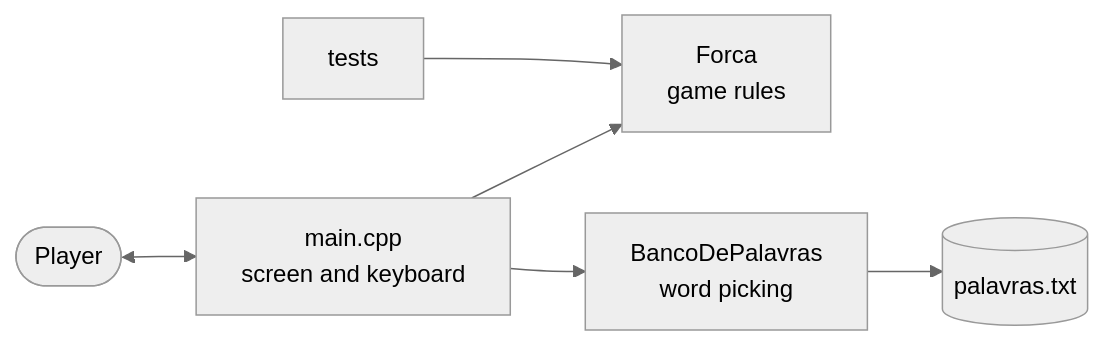
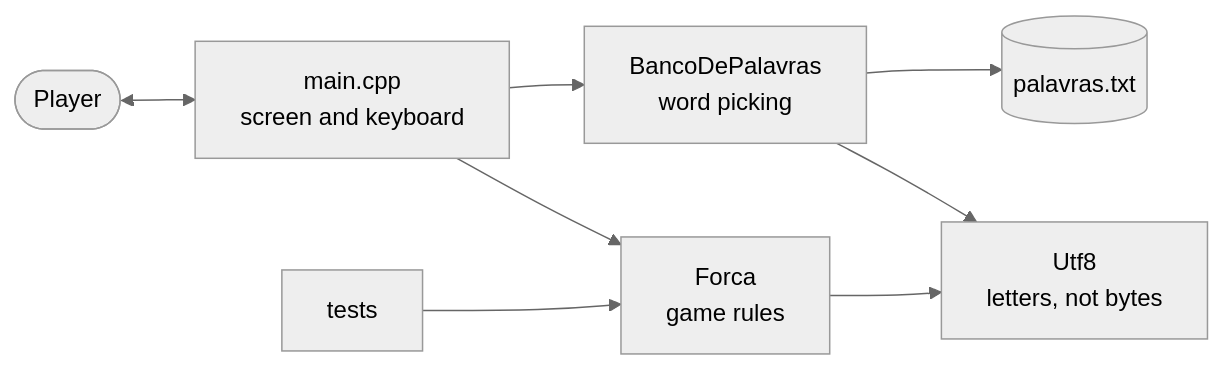
Before and after one commit to b4el/jogo-da-forca: the diagram in README.md, drawn with Mermaid (neutral theme). The commit also changed other lines of this file and 14 other files, not shown here.

````diff
--- a/README.md
+++ b/README.md
@@ -93,8 +99,10 @@
 ```mermaid
 flowchart LR
     U([Player]) <--> M[main.cpp<br/>screen and keyboard]
     M --> F[Forca<br/>game rules]
     M --> B[BancoDePalavras<br/>word picking]
+    F --> U8[Utf8<br/>letters, not bytes]
+    B --> U8
     B --> A[(palavras.txt)]
     T[tests] --> F
 ```
````
